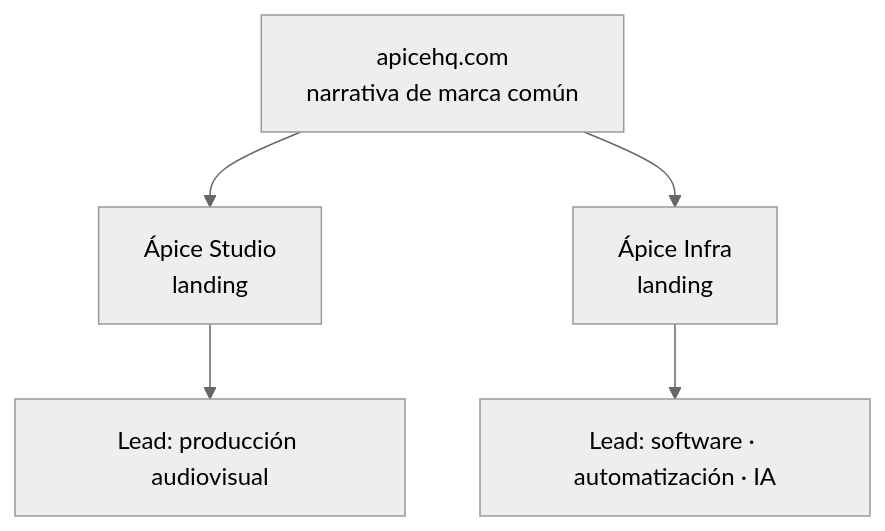
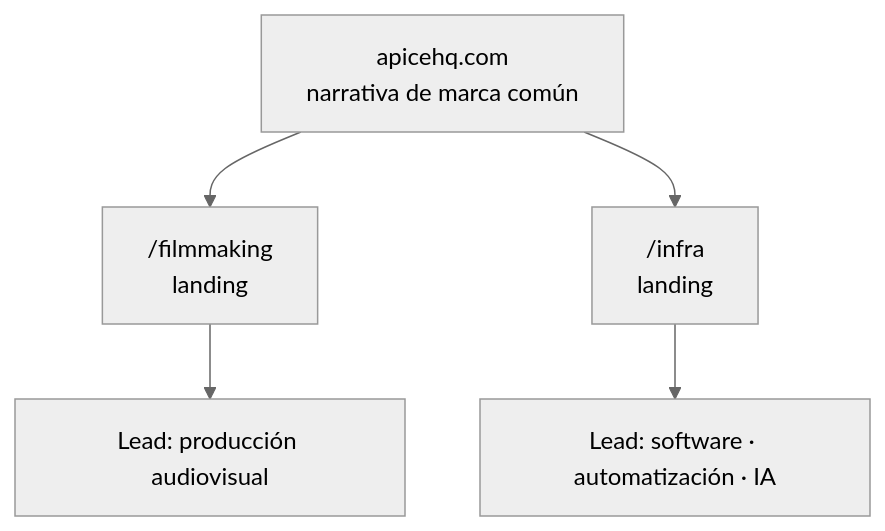
The diagram in content/es/work/apice.mdx (BLOW3ED/dev-portfolio), drawn with Mermaid (neutral theme) before and after one commit. The commit also changed other lines of this file and 38 other files, not shown here.

````diff
--- a/content/es/work/apice.mdx
+++ b/content/es/work/apice.mdx
@@ -32,10 +32,10 @@
 ```mermaid
 flowchart TB
   accTitle: Estructura de apicehq.com
-  accDescr: Una narrativa de marca común en apicehq.com lleva a una landing por división, Ápice Studio y Ápice Infra. Cada landing tiene su propio embudo, así que cada lead llega ya clasificado como producción o software.
+  accDescr: Una narrativa de marca común en el inicio lleva a una landing por división, Ápice Filmmaking y Ápice Infra. Cada landing tiene su propio embudo que termina en el formulario de contacto, así que cada lead llega ya clasificado como producción o software.
 
-  HOME["apicehq.com<br/>narrativa de marca común"] --> STUDIO["Ápice Studio<br/>landing"]
-  HOME --> INFRA["Ápice Infra<br/>landing"]
-  STUDIO --> L1["Lead: producción audiovisual"]
+  HOME["apicehq.com<br/>narrativa de marca común"] --> FILM["/filmmaking<br/>landing"]
+  HOME --> INFRA["/infra<br/>landing"]
+  FILM --> L1["Lead: producción audiovisual"]
   INFRA --> L2["Lead: software · automatización · IA"]
 ```
````
